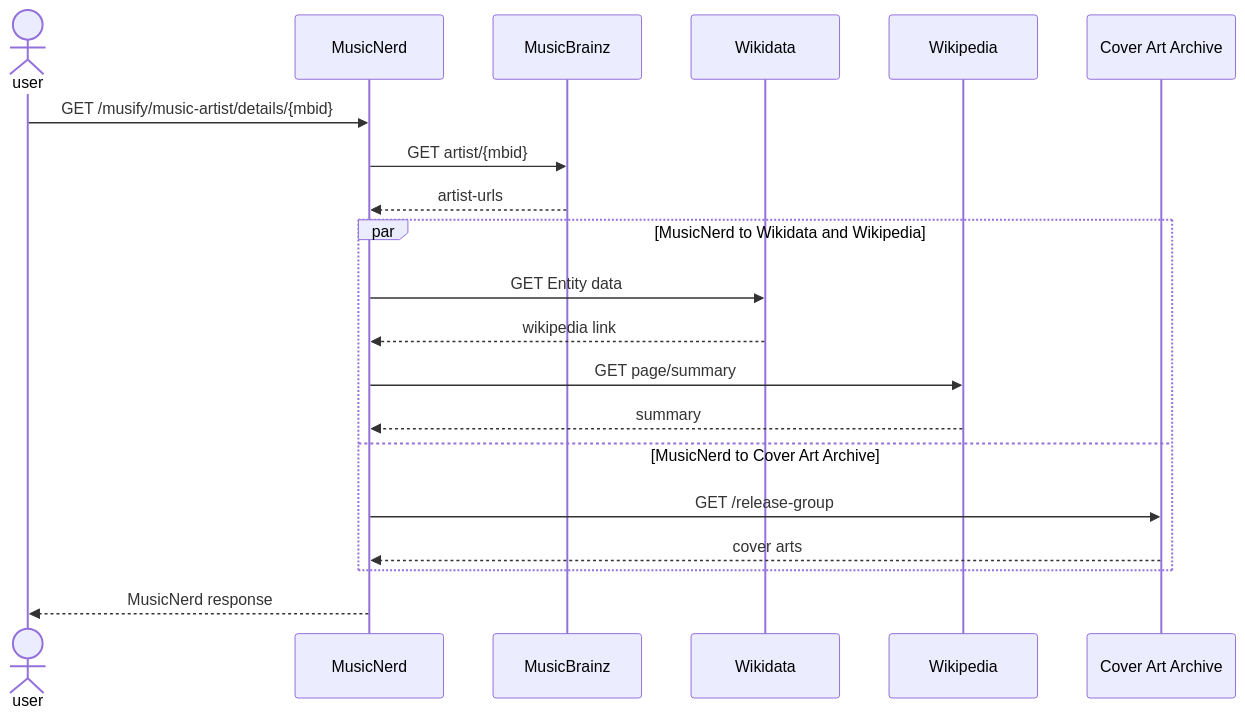
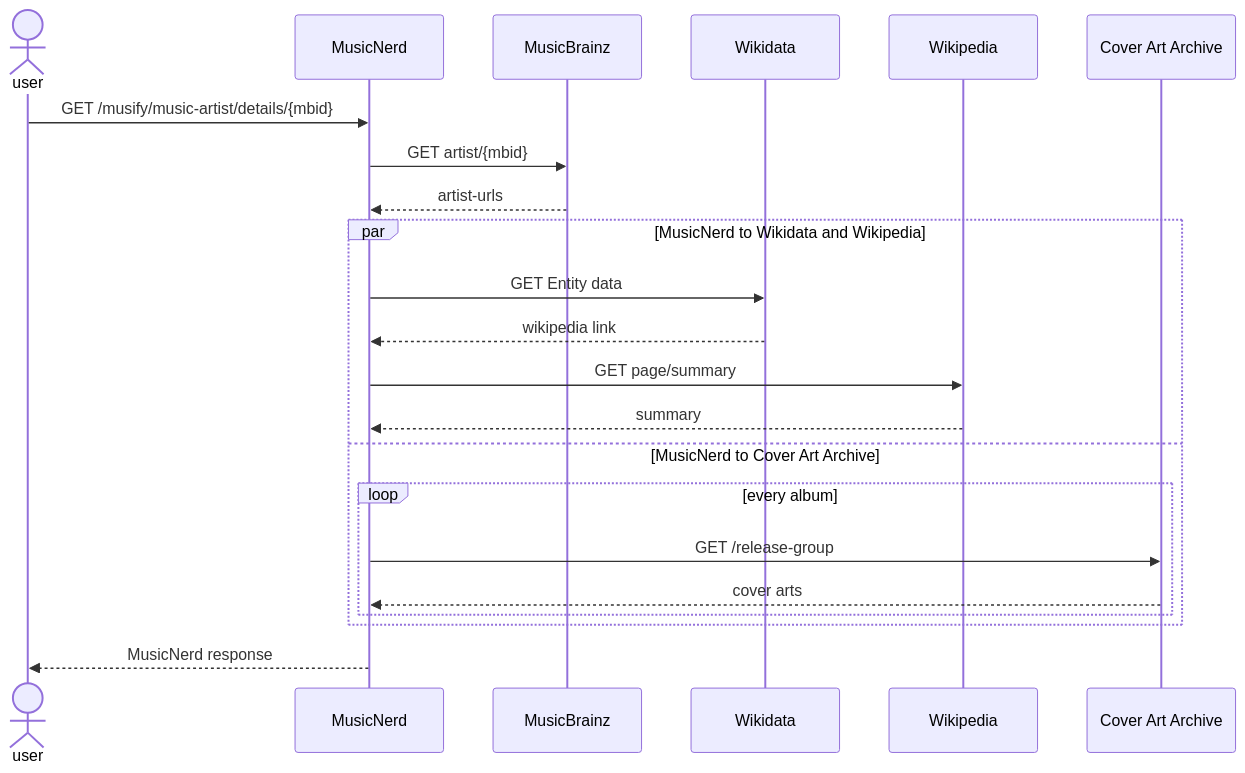
The diagram in Readme.md (perty/musicnerd), drawn with Mermaid before and after one commit. The commit also changed other lines of this file, not shown here.

````diff
--- a/Readme.md
+++ b/Readme.md
@@ -15,22 +15,24 @@
 ```mermaid
 sequenceDiagram
 actor user
 participant MN as MusicNerd
 participant MB as MusicBrainz
 participant WD as Wikidata
 participant WP as Wikipedia
 participant CA as Cover Art Archive
 user->>MN: GET /musify/music-artist/details/{mbid} 
 MN->>MB: GET artist/{mbid}
 MB-->>MN: artist-urls
 par MusicNerd to Wikidata and Wikipedia
     MN->>WD: GET Entity data
     WD-->>MN: wikipedia link
     MN->>WP: GET page/summary
     WP-->>MN: summary
 and MusicNerd to Cover Art Archive
-    MN->>CA: GET /release-group
-    CA-->>MN: cover arts
+    loop every album
+        MN->>CA: GET /release-group
+        CA-->>MN: cover arts
+    end
 end
 MN-->>user: MusicNerd response
 ```
````
